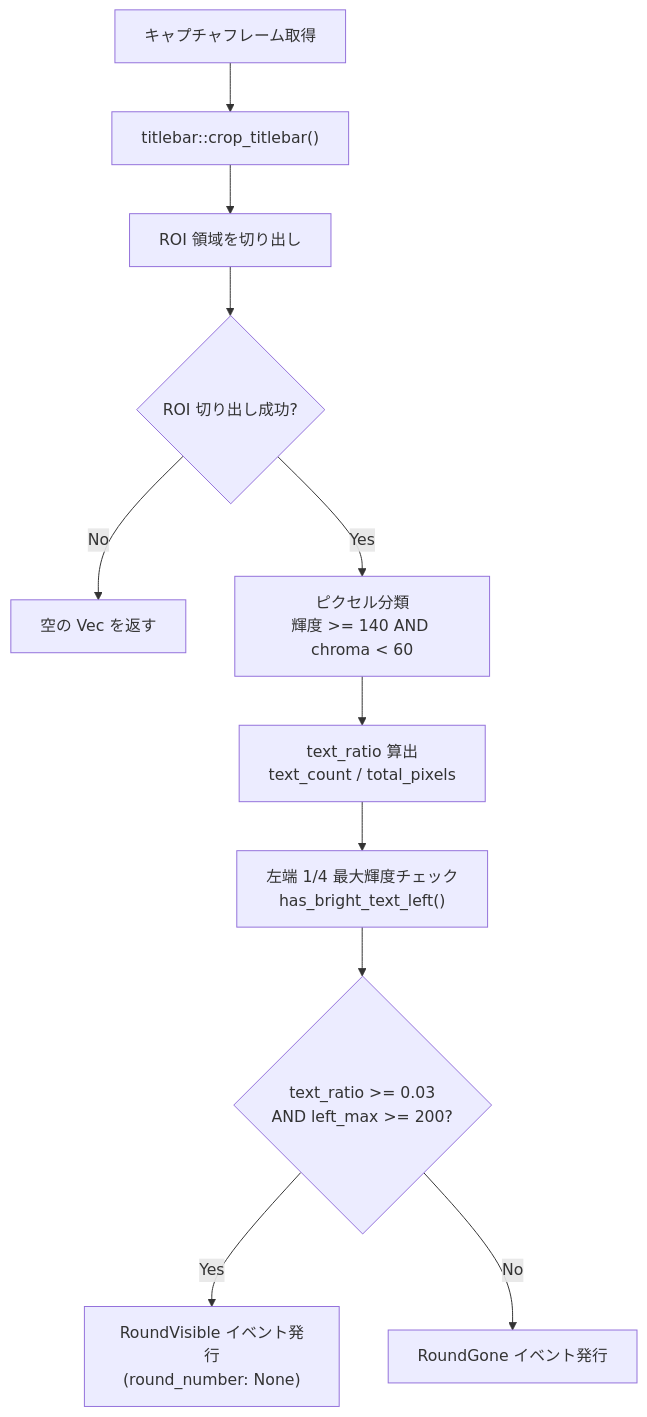
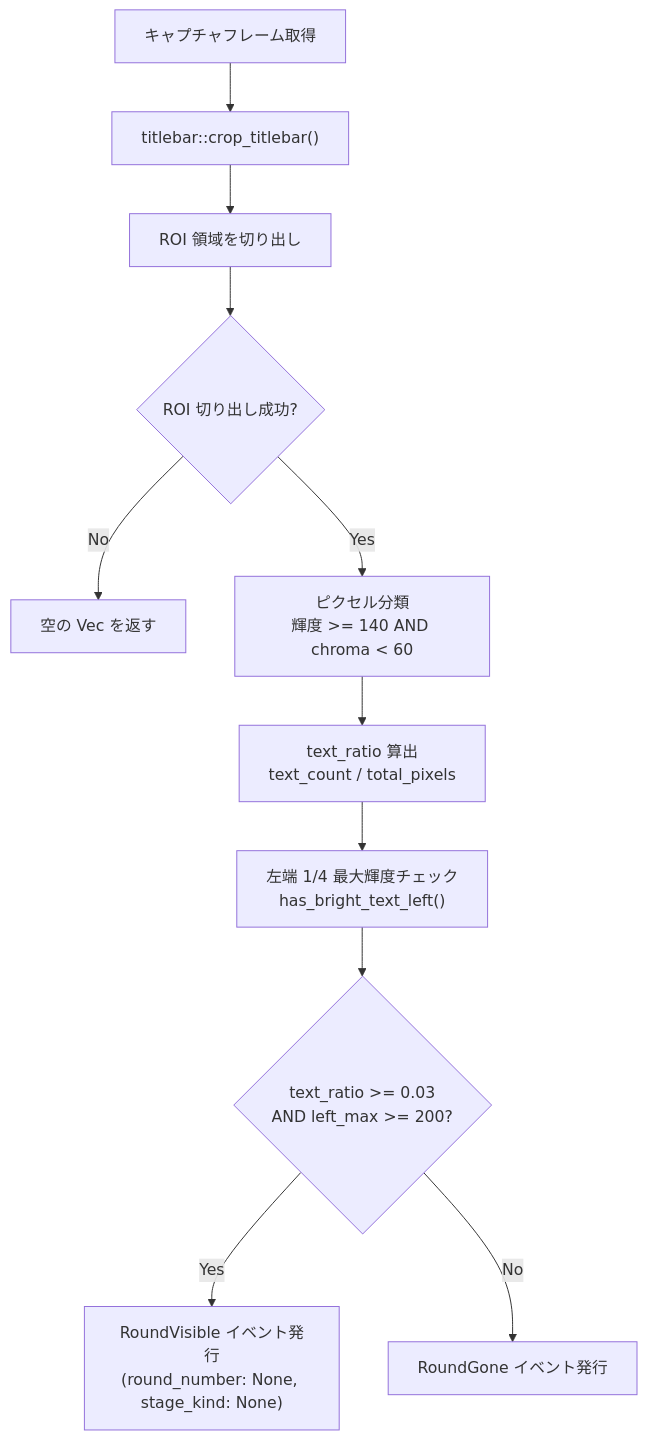
Before and after one commit to naa0yama/dna-assistant: the first of 2 diagrams in docs/specs/components/round-detector.md, drawn with Mermaid. The commit also changed other lines of this file and 11 other files, not shown here.

First line of the commit message:
feat: add guard stage detection and per-stage round-trip thresholds (#236)

````diff
--- a/docs/specs/components/round-detector.md
+++ b/docs/specs/components/round-detector.md
@@ -63,14 +63,14 @@
 ```mermaid
 flowchart TD
     CAPTURE["キャプチャフレーム取得"]
     CAPTURE --> TITLEBAR["titlebar::crop_titlebar()"]
     TITLEBAR --> CROP_ROI["ROI 領域を切り出し"]
     CROP_ROI --> CHECK_ROI{"ROI 切り出し成功?"}
     CHECK_ROI -- No --> EMPTY["空の Vec を返す"]
     CHECK_ROI -- Yes --> CLASSIFY["ピクセル分類\n輝度 >= 140 AND chroma < 60"]
     CLASSIFY --> RATIO["text_ratio 算出\ntext_count / total_pixels"]
     RATIO --> LEFT_CHECK["左端 1/4 最大輝度チェック\nhas_bright_text_left()"]
     LEFT_CHECK --> THRESHOLD{"text_ratio >= 0.03\nAND left_max >= 200?"}
-    THRESHOLD -- Yes --> VISIBLE["RoundVisible イベント発行\n(round_number: None)"]
+    THRESHOLD -- Yes --> VISIBLE["RoundVisible イベント発行\n(round_number: None, stage_kind: None)"]
     THRESHOLD -- No --> GONE["RoundGone イベント発行"]
 ```
````
